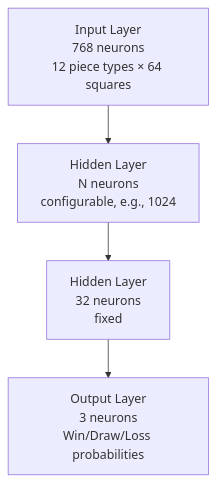
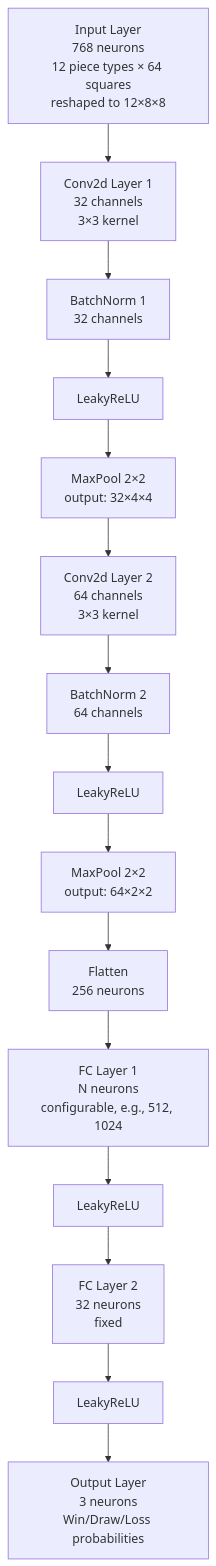
The first of 2 diagrams in README.md (buildingwheels/ShallowGuess), drawn with Mermaid before and after one commit. The commit also changed other lines of this file and 47 other files, not shown here.

````diff
--- a/README.md
+++ b/README.md
@@ -54,6 +56,17 @@
 ```mermaid
 graph TD
-    A[Input Layer<br/>768 neurons<br/>12 piece types × 64 squares] --> B[Hidden Layer<br/>N neurons<br/>configurable, e.g., 1024]
-    B --> C[Hidden Layer<br/>32 neurons<br/>fixed]
-    C --> D[Output Layer<br/>3 neurons<br/>Win/Draw/Loss probabilities]
+    A[Input Layer<br/>768 neurons<br/>12 piece types × 64 squares<br/>reshaped to 12×8×8] --> B[Conv2d Layer 1<br/>32 channels<br/>3×3 kernel]
+    B --> C[BatchNorm 1<br/>32 channels]
+    C --> D[LeakyReLU]
+    D --> E[MaxPool 2×2<br/>output: 32×4×4]
+    E --> F[Conv2d Layer 2<br/>64 channels<br/>3×3 kernel]
+    F --> G[BatchNorm 2<br/>64 channels]
+    G --> H[LeakyReLU]
+    H --> I[MaxPool 2×2<br/>output: 64×2×2]
+    I --> J[Flatten<br/>256 neurons]
+    J --> K[FC Layer 1<br/>N neurons<br/>configurable, e.g., 512, 1024]
+    K --> L[LeakyReLU]
+    L --> M[FC Layer 2<br/>32 neurons<br/>fixed]
+    M --> N[LeakyReLU]
+    N --> O[Output Layer<br/>3 neurons<br/>Win/Draw/Loss probabilities]
 ```
````
